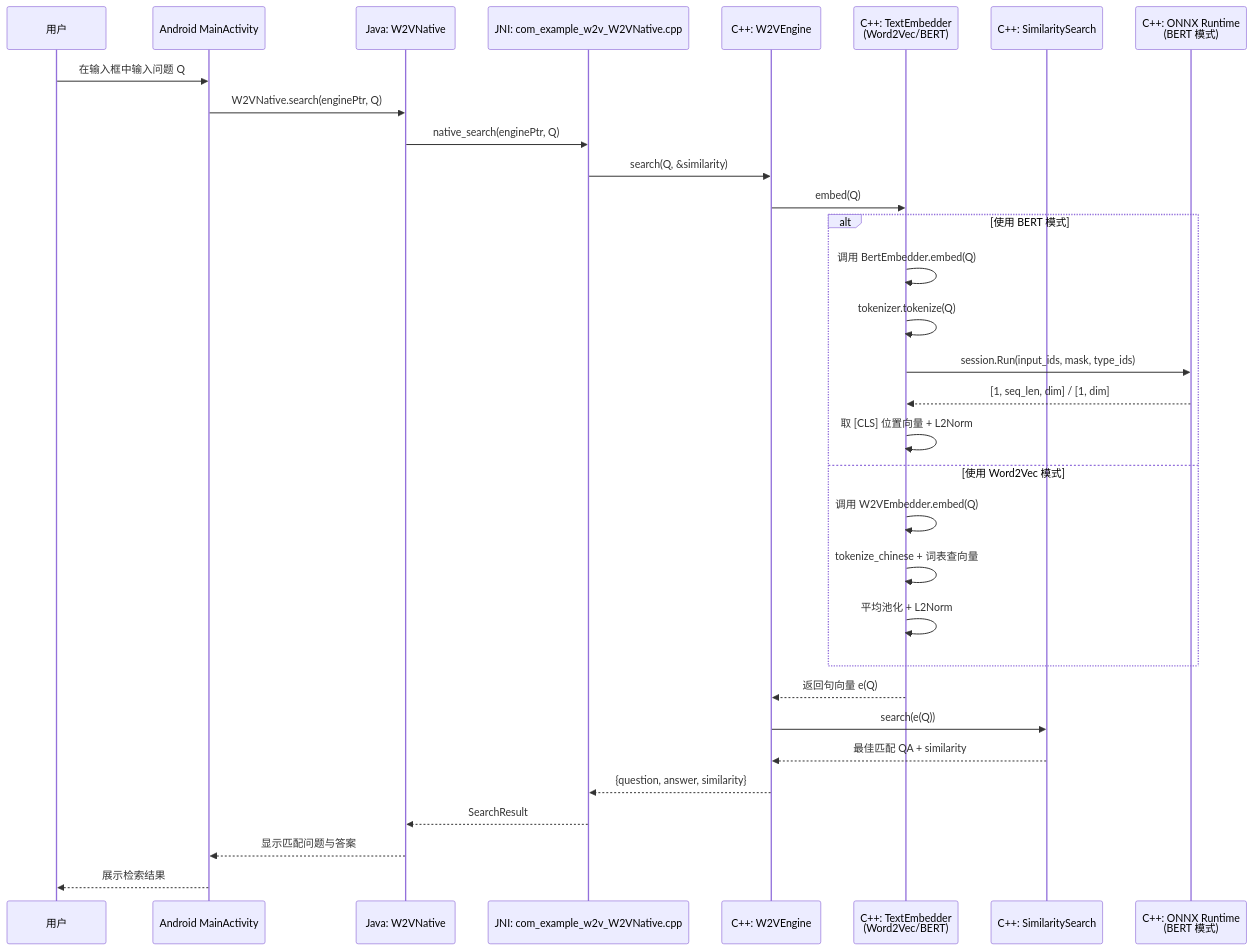
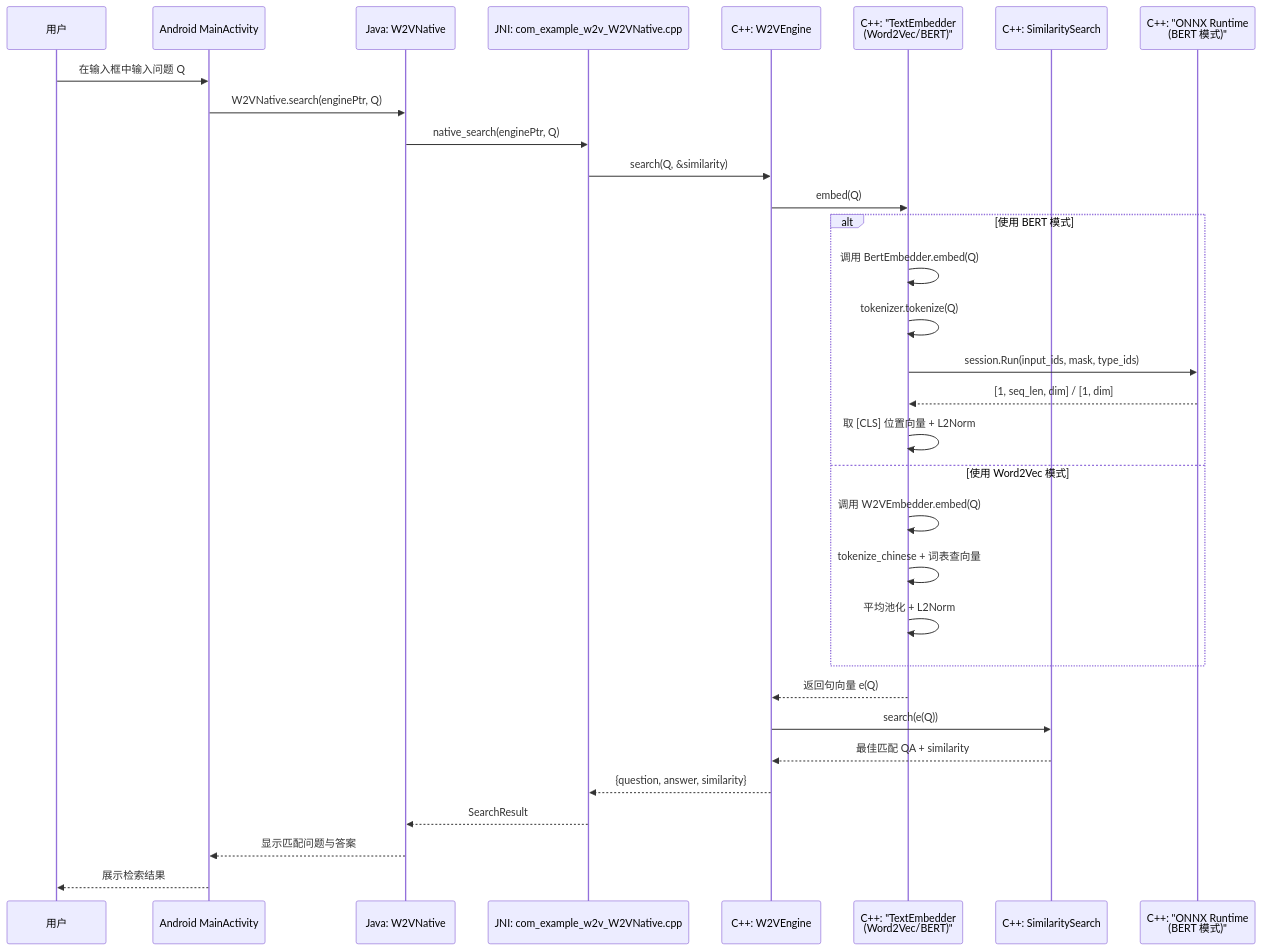
The sixth of 6 diagrams in DOC.md (xiaoyesoso/FastW2V-JNI), drawn with Mermaid before and after one commit. The commit also changed other lines of this file, not shown here.

Commit message:
docs: fix mermaid syntax in DOC.md

````diff
--- a/DOC.md
+++ b/DOC.md
@@ -1612,37 +1612,37 @@
 ```mermaid
 sequenceDiagram
     participant User as 用户
     participant Activity as Android MainActivity
     participant Java as Java: W2VNative
     participant JNI as JNI: com_example_w2v_W2VNative.cpp
     participant Engine as C++: W2VEngine
-    participant Embed as C++: TextEmbedder<br/>(Word2Vec/BERT)
+    participant Embed as C++: "TextEmbedder<br/>(Word2Vec/BERT)"
     participant Search as C++: SimilaritySearch
-    participant ORT as C++: ONNX Runtime<br/>(BERT 模式)
+    participant ORT as C++: "ONNX Runtime<br/>(BERT 模式)"
 
     User->>Activity: 在输入框中输入问题 Q
     Activity->>Java: W2VNative.search(enginePtr, Q)
     Java->>JNI: native_search(enginePtr, Q)
     JNI->>Engine: search(Q, &similarity)
     Engine->>Embed: embed(Q)
 
     alt 使用 BERT 模式
         Embed->>Embed: 调用 BertEmbedder.embed(Q)
         Embed->>Embed: tokenizer.tokenize(Q)
         Embed->>ORT: session.Run(input_ids, mask, type_ids)
         ORT-->>Embed: [1, seq_len, dim] / [1, dim]
         Embed->>Embed: 取 [CLS] 位置向量 + L2Norm
     else 使用 Word2Vec 模式
         Embed->>Embed: 调用 W2VEmbedder.embed(Q)
         Embed->>Embed: tokenize_chinese + 词表查向量
         Embed->>Embed: 平均池化 + L2Norm
     end
 
     Embed-->>Engine: 返回句向量 e(Q)
     Engine->>Search: search(e(Q))
     Search-->>Engine: 最佳匹配 QA + similarity
     Engine-->>JNI: {question, answer, similarity}
     JNI-->>Java: SearchResult
     Java-->>Activity: 显示匹配问题与答案
     Activity-->>User: 展示检索结果
 ```
````
